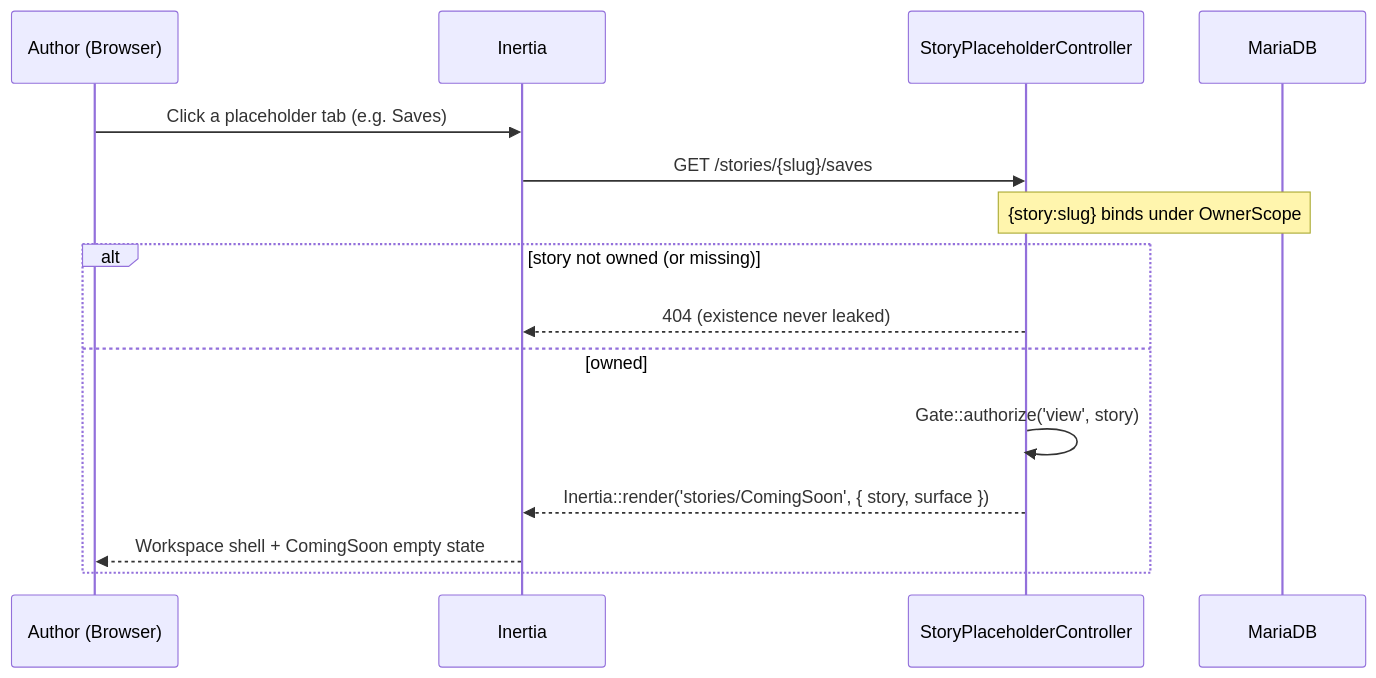
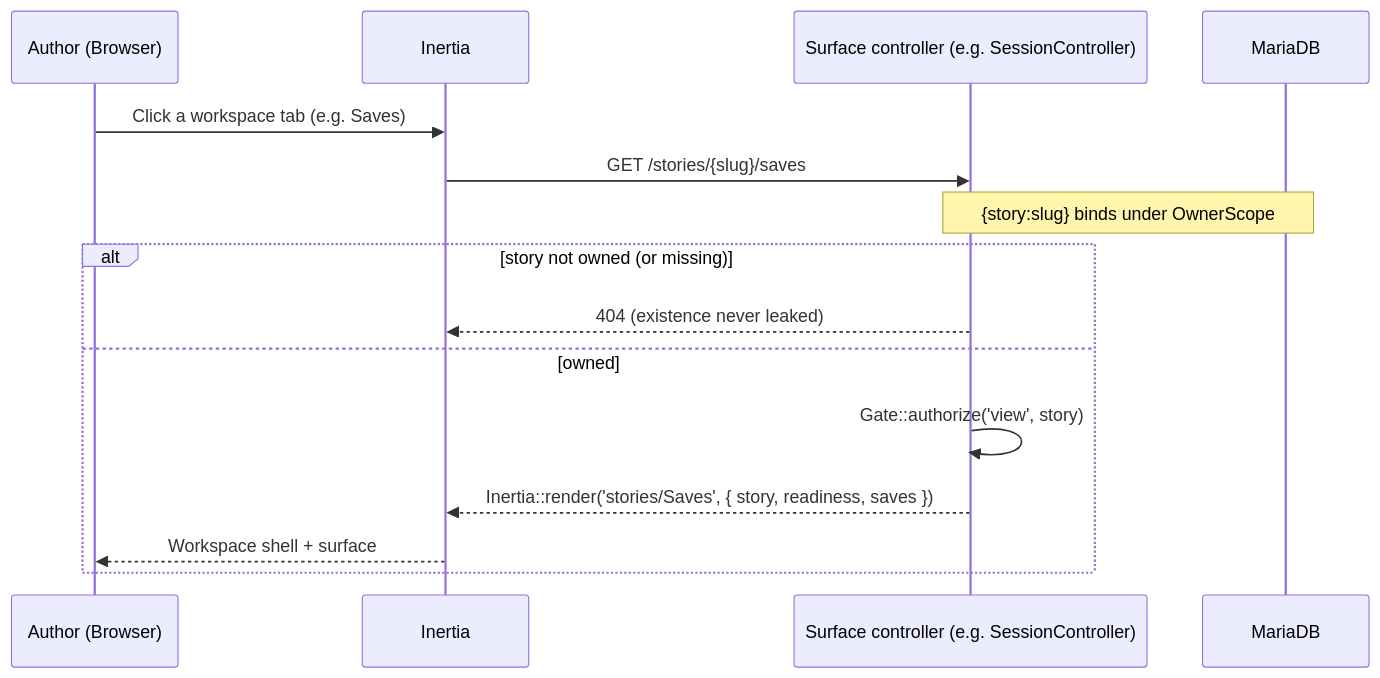
Before and after one commit to ZulfikarHD/text-advanture-app: the second of 2 diagrams in docs/architecture/Diagrams/Authoring/Story_Workspace_Shell.md, drawn with Mermaid. The commit also changed other lines of this file and 25 other files, not shown here.

````diff
--- a/docs/architecture/Diagrams/Authoring/Story_Workspace_Shell.md
+++ b/docs/architecture/Diagrams/Authoring/Story_Workspace_Shell.md
@@ -40,18 +43,18 @@
 ```mermaid
 sequenceDiagram
     participant U as Author (Browser)
     participant I as Inertia
-    participant C as StoryPlaceholderController
+    participant C as Surface controller (e.g. SessionController)
     participant DB as MariaDB
 
-    U->>I: Click a placeholder tab (e.g. Saves)
+    U->>I: Click a workspace tab (e.g. Saves)
     I->>C: GET /stories/{slug}/saves
     Note over C,DB: {story:slug} binds under OwnerScope
     alt story not owned (or missing)
         C-->>I: 404 (existence never leaked)
     else owned
         C->>C: Gate::authorize('view', story)
-        C-->>I: Inertia::render('stories/ComingSoon', { story, surface })
-        I-->>U: Workspace shell + ComingSoon empty state
+        C-->>I: Inertia::render('stories/Saves', { story, readiness, saves })
+        I-->>U: Workspace shell + surface
     end
 ```
````
